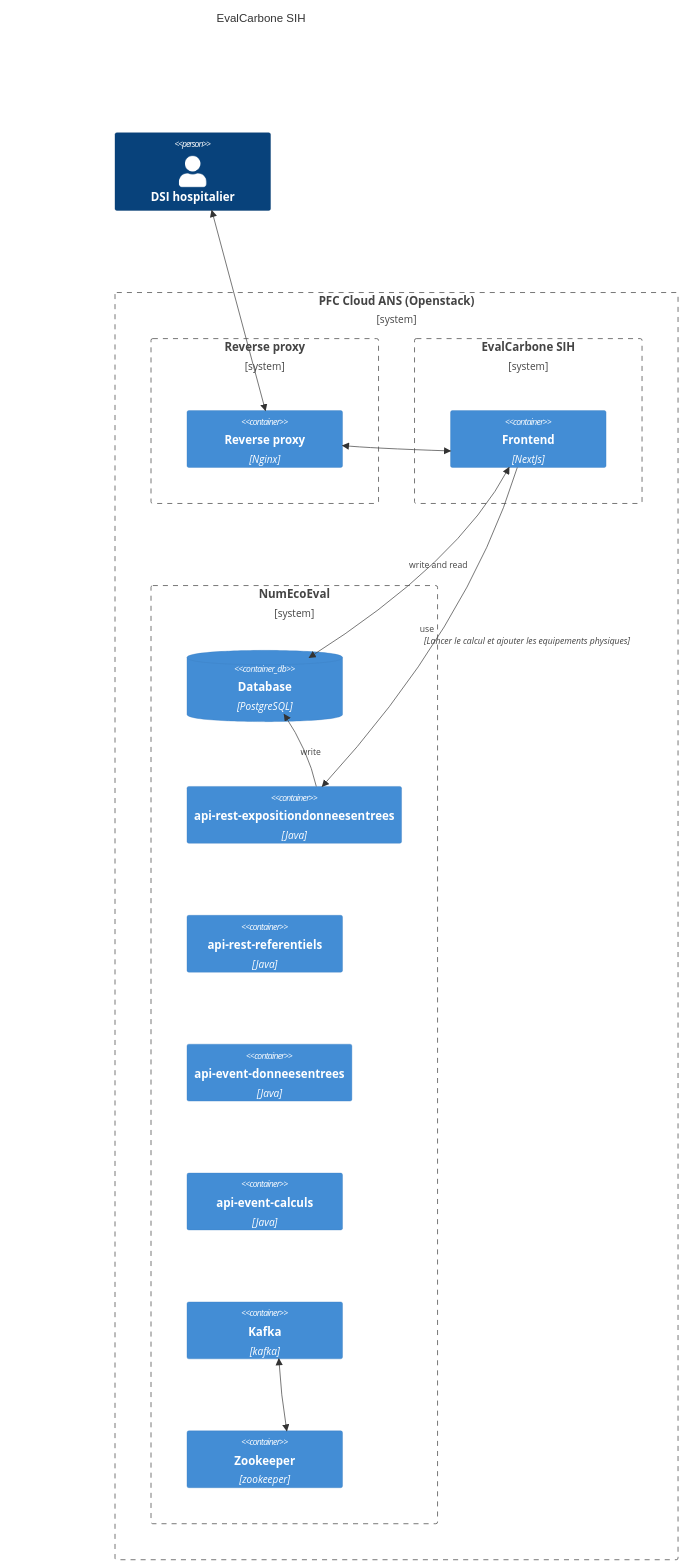
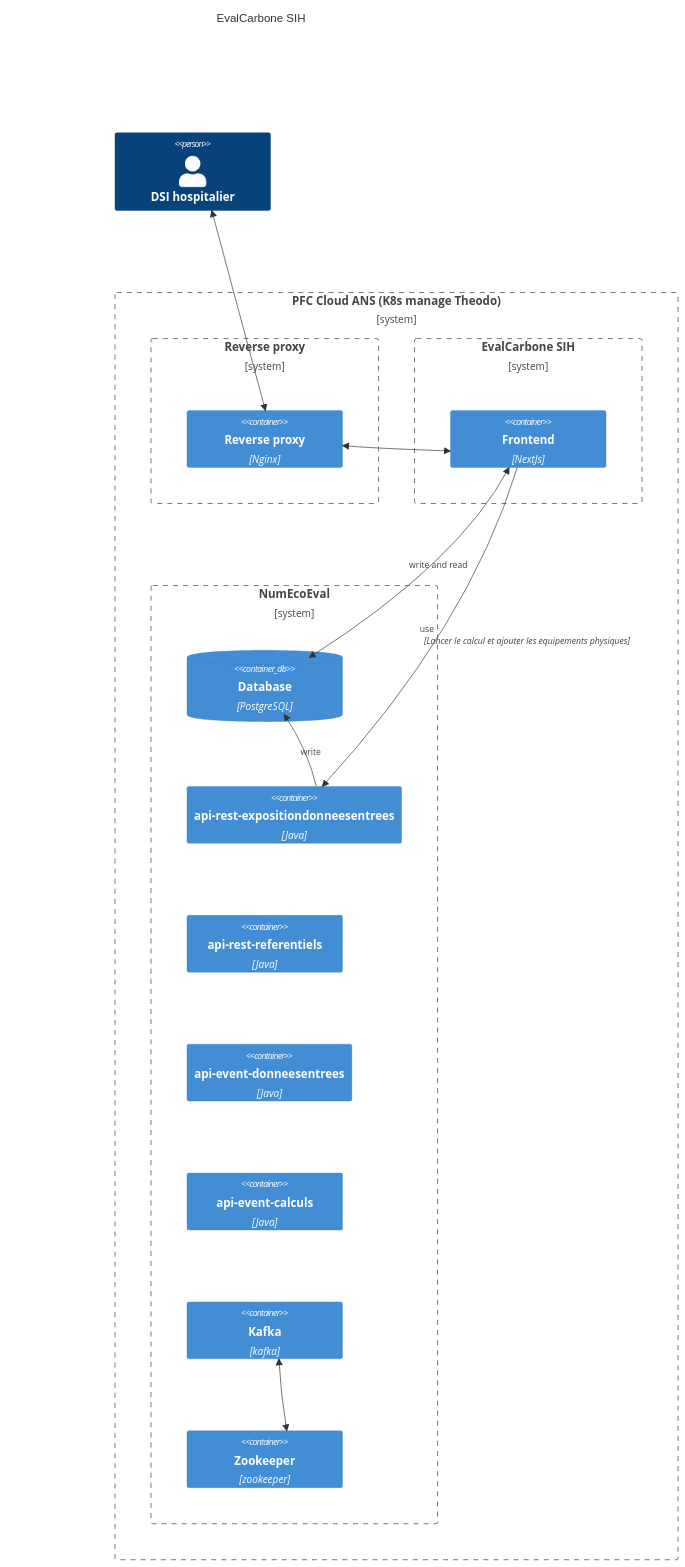
The diagram in ans-evalcarbone/schema.mmd (padok-runner/baywatch-estimate), drawn with Mermaid before and after one commit. The commit also changed 3 other files, not shown here.

First line of the commit message:
Address review: PFC is K8s managed Theodo (not Openstack), fix arithmetic

```diff
--- a/ans-evalcarbone/schema.mmd
+++ b/ans-evalcarbone/schema.mmd
@@ -1,34 +1,34 @@
 C4Context
 title EvalCarbone SIH
 
 Person(dsi, "DSI hospitalier")
 
-Boundary(pfc, "PFC Cloud ANS (Openstack)") {
+Boundary(pfc, "PFC Cloud ANS (K8s manage Theodo)") {
   Boundary(reverse-proxy, "Reverse proxy") {
     Container(reverse-proxy, "Reverse proxy", "Nginx")
   }
 
   Boundary(eval-carbone-sih, "EvalCarbone SIH") {
     Container(front, "Frontend", "NextJs")
   }
 
   Boundary(num-eco-eval, "NumEcoEval") {
     ContainerDb(db, "Database", "PostgreSQL")
     Container(expositiondonneesentrees, "api-rest-expositiondonneesentrees", "Java")
     Container(referentiels, "api-rest-referentiels", "Java")
     Container(donneesentrees, "api-event-donneesentrees", "Java")
     Container(calculs, "api-event-calculs", "Java")
     Container(kafka, "Kafka", "kafka")
     Container(zookeeper, "Zookeeper", "zookeeper")
   }
 }
 
 BiRel(dsi, reverse-proxy, "")
 
 BiRel(kafka, zookeeper, "")
 
 Rel(expositiondonneesentrees, db, "write")
 
 BiRel(front, db, "write and read")
 BiRel(reverse-proxy, front, "")
 Rel(front, expositiondonneesentrees, "use", "Lancer le calcul et ajouter les equipements physiques")
```
